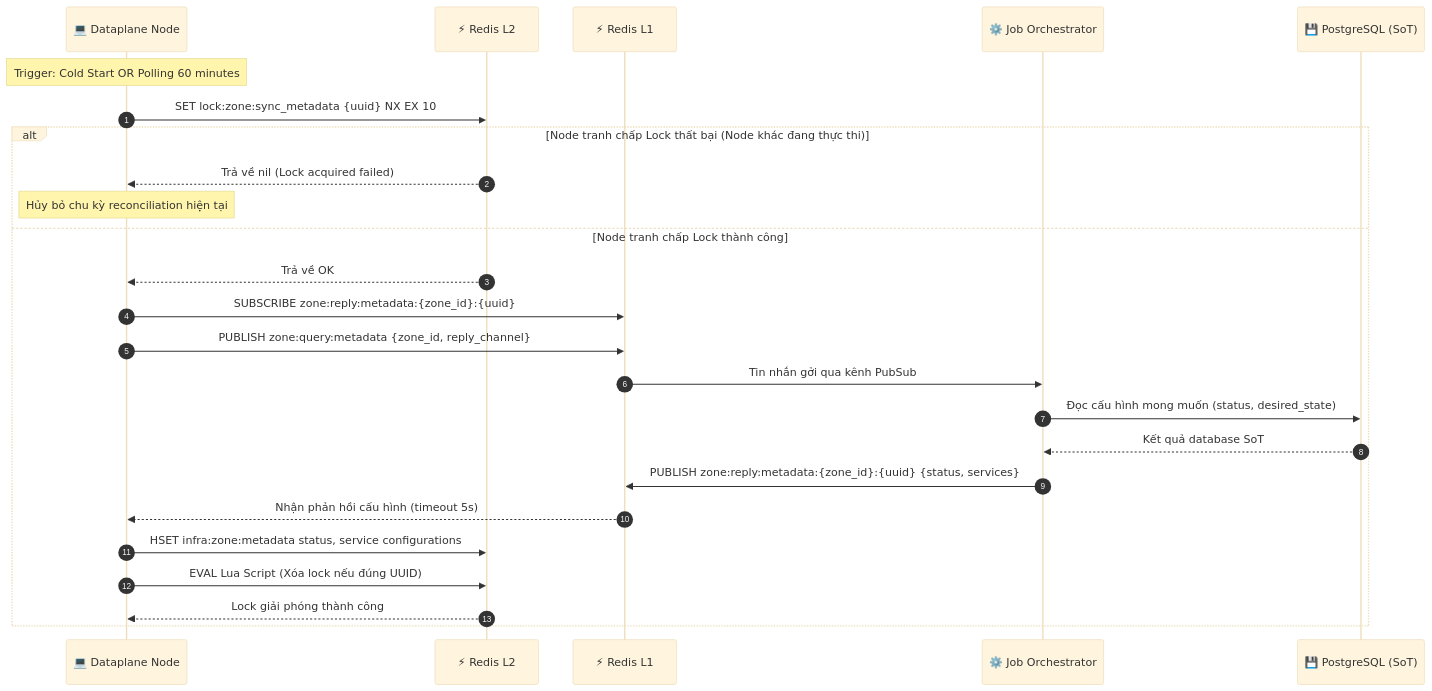
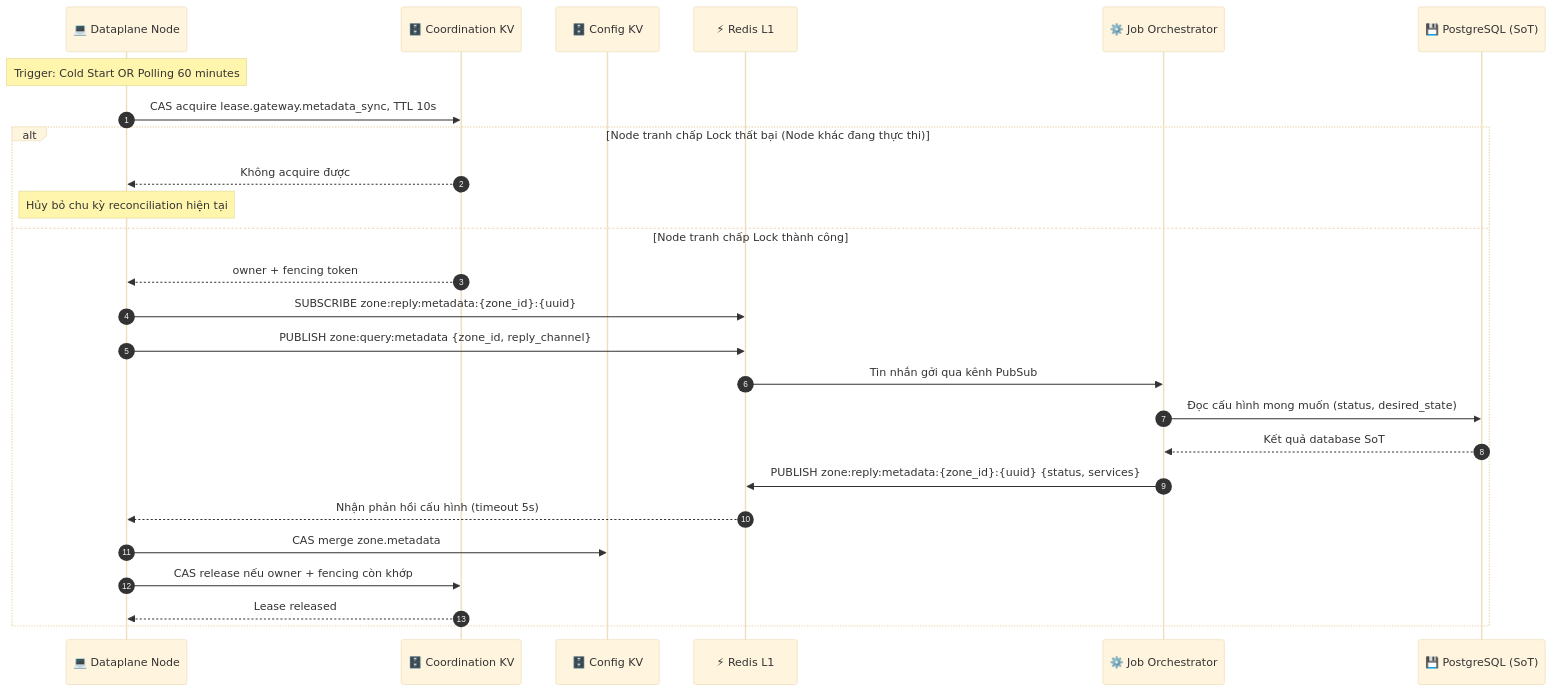
Before and after one commit to phucle996/aurora: diagram 15 of 21 in god_view/hierarchy/zone_lifecycle_god_view.md, drawn with Mermaid (base theme). The commit also changed other lines of this file and 77 other files, not shown here.

Commit message:
feat: implement mail runtime health monitoring with zone KV lease management and projection tombstones

````diff
--- a/god_view/hierarchy/zone_lifecycle_god_view.md
+++ b/god_view/hierarchy/zone_lifecycle_god_view.md
@@ -766,32 +767,33 @@
 ```mermaid
 sequenceDiagram
     autonumber
     participant DP_Node as 💻 Dataplane Node
-    participant L2 as ⚡ Redis L2
+    participant CKV as 🗄️ Coordination KV
+    participant CFG as 🗄️ Config KV
     participant L1 as ⚡ Redis L1
     participant JO as ⚙️ Job Orchestrator
     participant DB as 💾 PostgreSQL (SoT)
 
     Note over DP_Node: Trigger: Cold Start OR Polling 60 minutes
-    DP_Node->>L2: SET lock:zone:sync_metadata {uuid} NX EX 10
+    DP_Node->>CKV: CAS acquire lease.gateway.metadata_sync, TTL 10s
     
     alt Node tranh chấp Lock thất bại (Node khác đang thực thi)
-        L2-->>DP_Node: Trả về nil (Lock acquired failed)
+        CKV-->>DP_Node: Không acquire được
         Note over DP_Node: Hủy bỏ chu kỳ reconciliation hiện tại
     else Node tranh chấp Lock thành công
-        L2-->>DP_Node: Trả về OK
+        CKV-->>DP_Node: owner + fencing token
         DP_Node->>L1: SUBSCRIBE zone:reply:metadata:{zone_id}:{uuid}
         DP_Node->>L1: PUBLISH zone:query:metadata {zone_id, reply_channel}
         
         L1->>JO: Tin nhắn gởi qua kênh PubSub
         JO->>DB: Đọc cấu hình mong muốn (status, desired_state)
         DB-->>JO: Kết quả database SoT
         JO->>L1: PUBLISH zone:reply:metadata:{zone_id}:{uuid} {status, services}
         
         L1-->>DP_Node: Nhận phản hồi cấu hình (timeout 5s)
-        DP_Node->>L2: HSET infra:zone:metadata status, service configurations
+        DP_Node->>CFG: CAS merge zone.metadata
         
-        DP_Node->>L2: EVAL Lua Script (Xóa lock nếu đúng UUID)
-        L2-->>DP_Node: Lock giải phóng thành công
+        DP_Node->>CKV: CAS release nếu owner + fencing còn khớp
+        CKV-->>DP_Node: Lease released
     end
 ```
````
